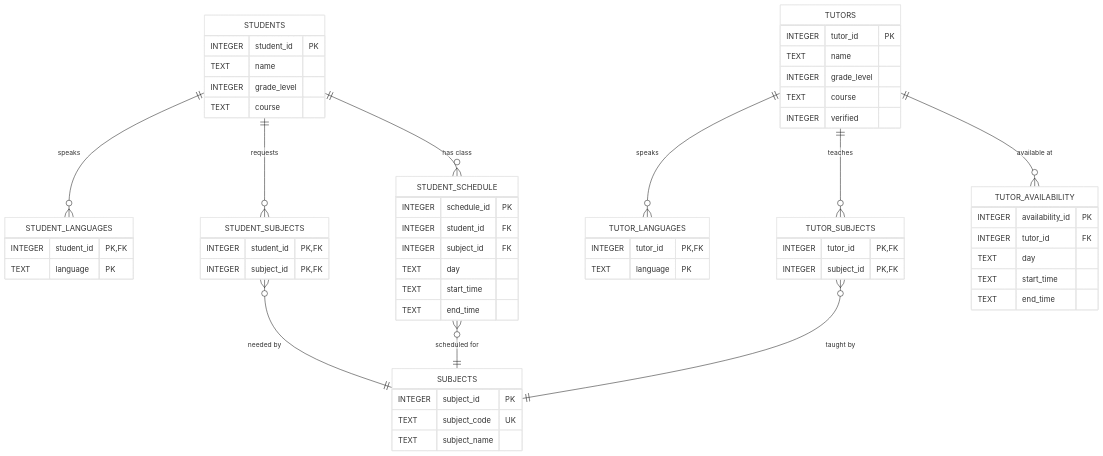
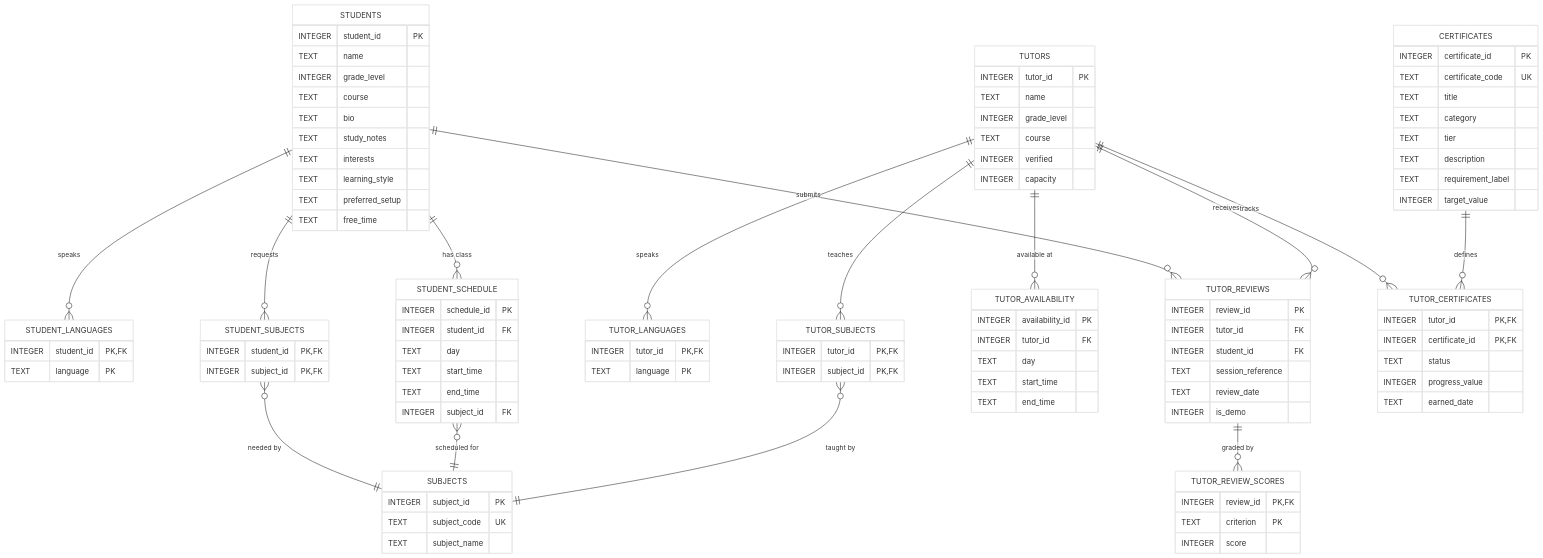
Before and after one commit to franciskendrick/TUGMA: the diagram in README.md, drawn with Mermaid. The commit also changed 6 other files, not shown here.

First line of the commit message:
Redesign student and tutor profiles

````diff
--- a/README.md
+++ b/README.md
@@ -72,6 +72,12 @@
         TEXT name
         INTEGER grade_level
         TEXT course
+        TEXT bio
+        TEXT study_notes
+        TEXT interests
+        TEXT learning_style
+        TEXT preferred_setup
+        TEXT free_time
     }
 
     SUBJECTS {
@@ -86,6 +92,18 @@
         INTEGER grade_level
         TEXT course
         INTEGER verified
+        INTEGER capacity
+    }
+
+    CERTIFICATES {
+        INTEGER certificate_id PK
+        TEXT certificate_code UK
+        TEXT title
+        TEXT category
+        TEXT tier
+        TEXT description
+        TEXT requirement_label
+        INTEGER target_value
     }
 
     %% Student-Side Tables
@@ -102,10 +120,10 @@
     STUDENT_SCHEDULE {
         INTEGER schedule_id PK
         INTEGER student_id FK
-        INTEGER subject_id FK
         TEXT day
         TEXT start_time
         TEXT end_time
+        INTEGER subject_id FK
     }
 
     %% Tutor-Side Tables
@@ -127,24 +145,48 @@
         TEXT end_time
     }
 
+    TUTOR_REVIEWS {
+        INTEGER review_id PK
+        INTEGER tutor_id FK
+        INTEGER student_id FK
+        TEXT session_reference
+        TEXT review_date
+        INTEGER is_demo
+    }
+
+    TUTOR_REVIEW_SCORES {
+        INTEGER review_id PK, FK
+        TEXT criterion PK
+        INTEGER score
+    }
+
+    TUTOR_CERTIFICATES {
+        INTEGER tutor_id PK, FK
+        INTEGER certificate_id PK, FK
+        TEXT status
+        INTEGER progress_value
+        TEXT earned_date
+    }
+
     %% --- RELATIONSHIPS ---
 
-    %% 1. Pure Student Outer Node
+    %% 1. Student Tables
     STUDENTS ||--o{ STUDENT_LANGUAGES : "speaks"
-
-    %% 2. Student-Subject Junctions (Vertical Flow)
     STUDENTS ||--o{ STUDENT_SUBJECTS : "requests"
     STUDENT_SUBJECTS }o--|| SUBJECTS : "needed by"
-
-    %% 3. Student Schedule Mapping (Rerouted through Schedule)
     STUDENTS ||--o{ STUDENT_SCHEDULE : "has class"
     STUDENT_SCHEDULE }o--|| SUBJECTS : "scheduled for"
+    STUDENTS ||--o{ TUTOR_REVIEWS : "submits"
 
-    %% 4. Tutor-Subject Junctions
+    %% 2. Tutor Tables
+    TUTORS ||--o{ TUTOR_LANGUAGES : "speaks"
     TUTORS ||--o{ TUTOR_SUBJECTS : "teaches"
     TUTOR_SUBJECTS }o--|| SUBJECTS : "taught by"
+    TUTORS ||--o{ TUTOR_AVAILABILITY : "available at"
+    TUTORS ||--o{ TUTOR_REVIEWS : "receives"
+    TUTORS ||--o{ TUTOR_CERTIFICATES : "tracks"
 
-    %% 5. Pure Tutor Outer Node
-    TUTORS ||--o{ TUTOR_LANGUAGES : "speaks"
-    TUTORS ||--o{ TUTOR_AVAILABILITY : "available at"
+    %% 3. Review Scores and Certificates
+    TUTOR_REVIEWS ||--o{ TUTOR_REVIEW_SCORES : "graded by"
+    CERTIFICATES ||--o{ TUTOR_CERTIFICATES : "defines"
 ```
````
